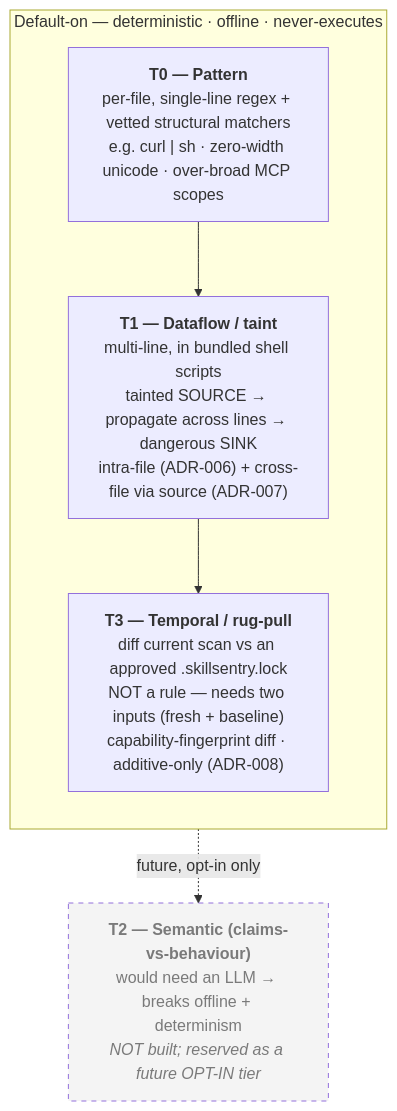
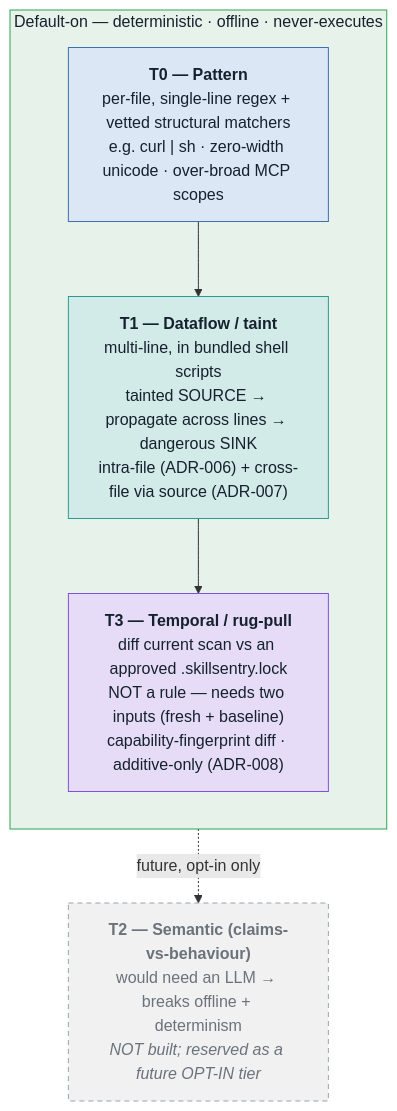
One commit to whatbirdisthat/exosphere changed the diagram in doc/guide/diagrams/tier-model.mmd. Above: the diagram before and after it, drawn with Mermaid. The commit also changed 23 other files, not shown here.

First line of the commit message:
🎨 docs(diagrams): semantic colour-coding + fix oversized README headline

```diff
--- a/doc/guide/diagrams/tier-model.mmd
+++ b/doc/guide/diagrams/tier-model.mmd
@@ -1,16 +1,21 @@
 %% The detection tiers. Everything default-on stays deterministic + offline + never-executing.
+%% Colour key: blue = pattern · teal = dataflow · purple = temporal · grey/dashed = reserved, unbuilt.
 %% Source: src/core/types.ts (RuleTier), ADR-004/006/007/008
 flowchart TD
     subgraph DEFAULT["Default-on — deterministic · offline · never-executes"]
         direction TB
-        T0["<b>T0 — Pattern</b><br/>per-file, single-line regex + vetted structural matchers<br/>e.g. curl | sh · zero-width unicode · over-broad MCP scopes"]
-        T1["<b>T1 — Dataflow / taint</b><br/>multi-line, in bundled shell scripts<br/>tainted SOURCE → propagate across lines → dangerous SINK<br/>intra-file (ADR-006) + cross-file via source (ADR-007)"]
-        T3["<b>T3 — Temporal / rug-pull</b><br/>diff current scan vs an approved .skillsentry.lock<br/>NOT a rule — needs two inputs (fresh + baseline)<br/>capability-fingerprint diff · additive-only (ADR-008)"]
+        T0["<b>T0 — Pattern</b><br/>per-file, single-line regex + vetted structural matchers<br/>e.g. curl | sh · zero-width unicode · over-broad MCP scopes"]:::core
+        T1["<b>T1 — Dataflow / taint</b><br/>multi-line, in bundled shell scripts<br/>tainted SOURCE → propagate across lines → dangerous SINK<br/>intra-file (ADR-006) + cross-file via source (ADR-007)"]:::io
+        T3["<b>T3 — Temporal / rug-pull</b><br/>diff current scan vs an approved .skillsentry.lock<br/>NOT a rule — needs two inputs (fresh + baseline)<br/>capability-fingerprint diff · additive-only (ADR-008)"]:::accent
     end
 
-    T2["<b>T2 — Semantic (claims-vs-behaviour)</b><br/>would need an LLM → breaks offline + determinism<br/><i>NOT built; reserved as a future OPT-IN tier</i>"]
+    T2["<b>T2 — Semantic (claims-vs-behaviour)</b><br/>would need an LLM → breaks offline + determinism<br/><i>NOT built; reserved as a future OPT-IN tier</i>"]:::off
 
     T0 --> T1 --> T3
     T3 -.->|"future, opt-in only"| T2
 
-    style T2 stroke-dasharray: 5 5,fill:#f4f4f4,color:#7a7a7a
+    classDef core fill:#dbe7f5,stroke:#3f6fae,color:#16212e;
+    classDef io fill:#d2ebe8,stroke:#2a9d8f,color:#16212e;
+    classDef accent fill:#e6dcf7,stroke:#8250df,color:#16212e;
+    classDef off fill:#f1f1f1,stroke:#9aa3ad,color:#6a727c,stroke-dasharray:5 4;
+    style DEFAULT fill:#e7f3ea,stroke:#2da44e,color:#16212e;
```
